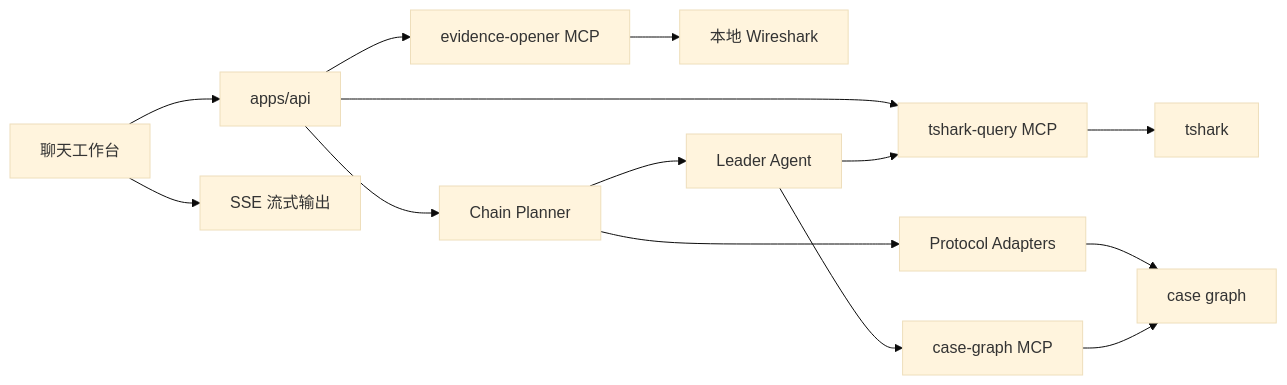
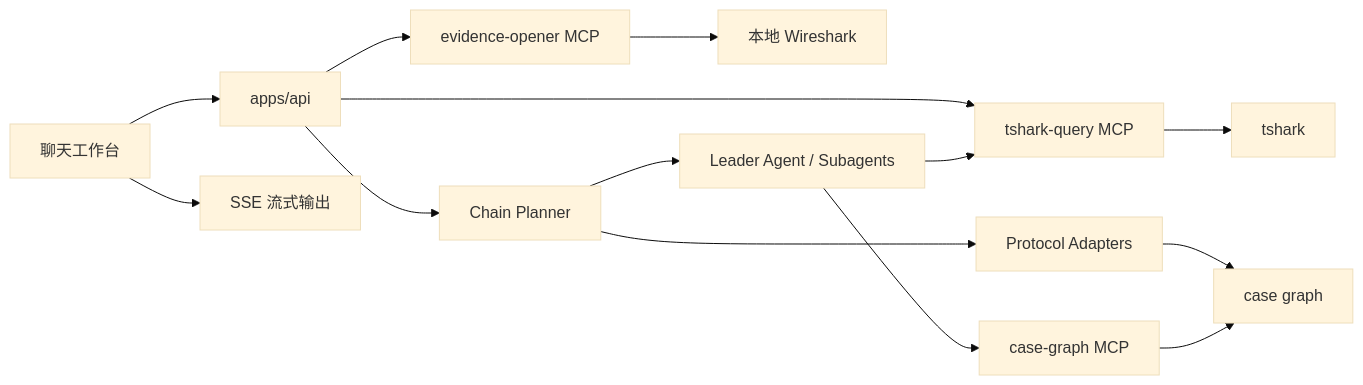
Before and after one commit to Matthewyin/pcapai: the diagram in docs/architecture.md, drawn with Mermaid (base theme). The commit also changed other lines of this file, not shown here.

Commit message:
docs: align architecture with actual agent runtime

````diff
--- a/docs/architecture.md
+++ b/docs/architecture.md
@@ -9,16 +9,16 @@
 ```mermaid
 flowchart LR
   Web["聊天工作台"] --> API["apps/api"]
   API --> Query["tshark-query MCP"]
   API --> Opener["evidence-opener MCP"]
   Query --> Tshark["tshark"]
   Opener --> Wireshark["本地 Wireshark"]
   API --> Planner["Chain Planner"]
   Planner --> Adapters["Protocol Adapters"]
-  Planner --> Agent["Leader Agent"]
+  Planner --> Agent["Leader Agent / Subagents"]
   Adapters --> Graph["case graph"]
   Agent --> CaseGraph["case-graph MCP"]
   Agent --> Query
   CaseGraph --> Graph
   Web --> SSE["SSE 流式输出"]
 ```
````
